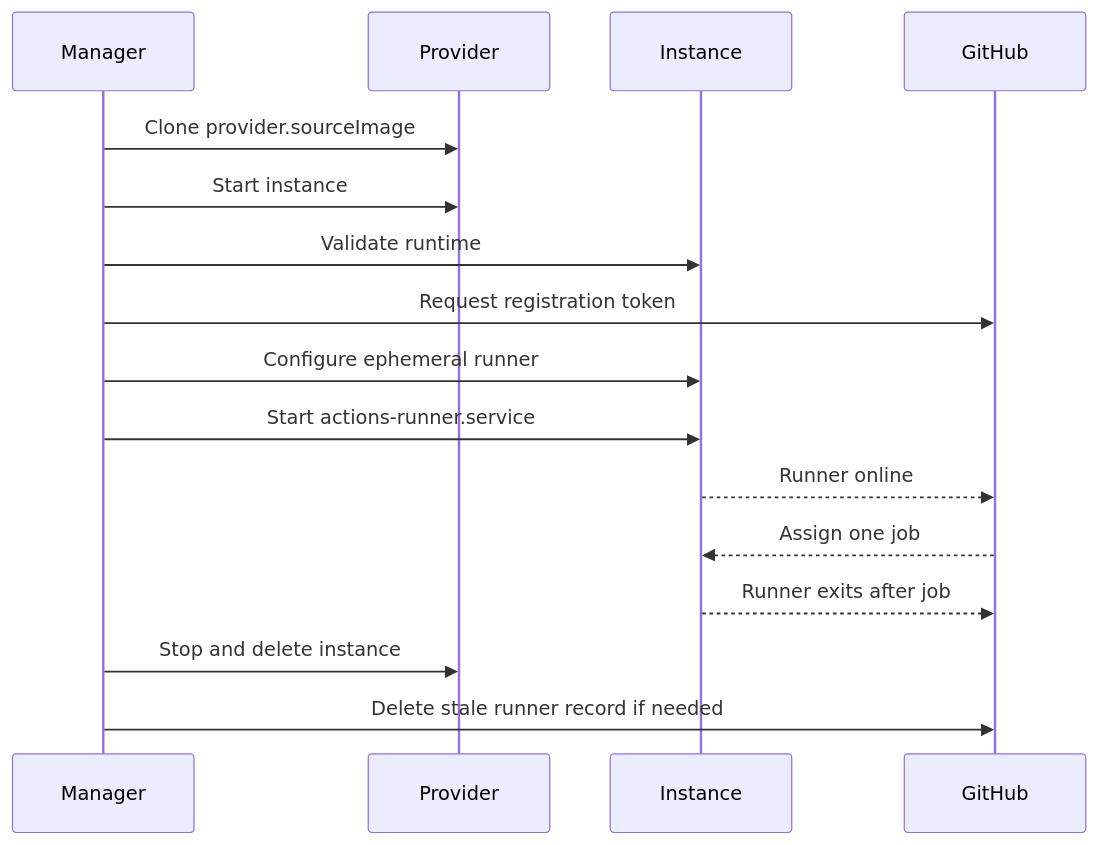
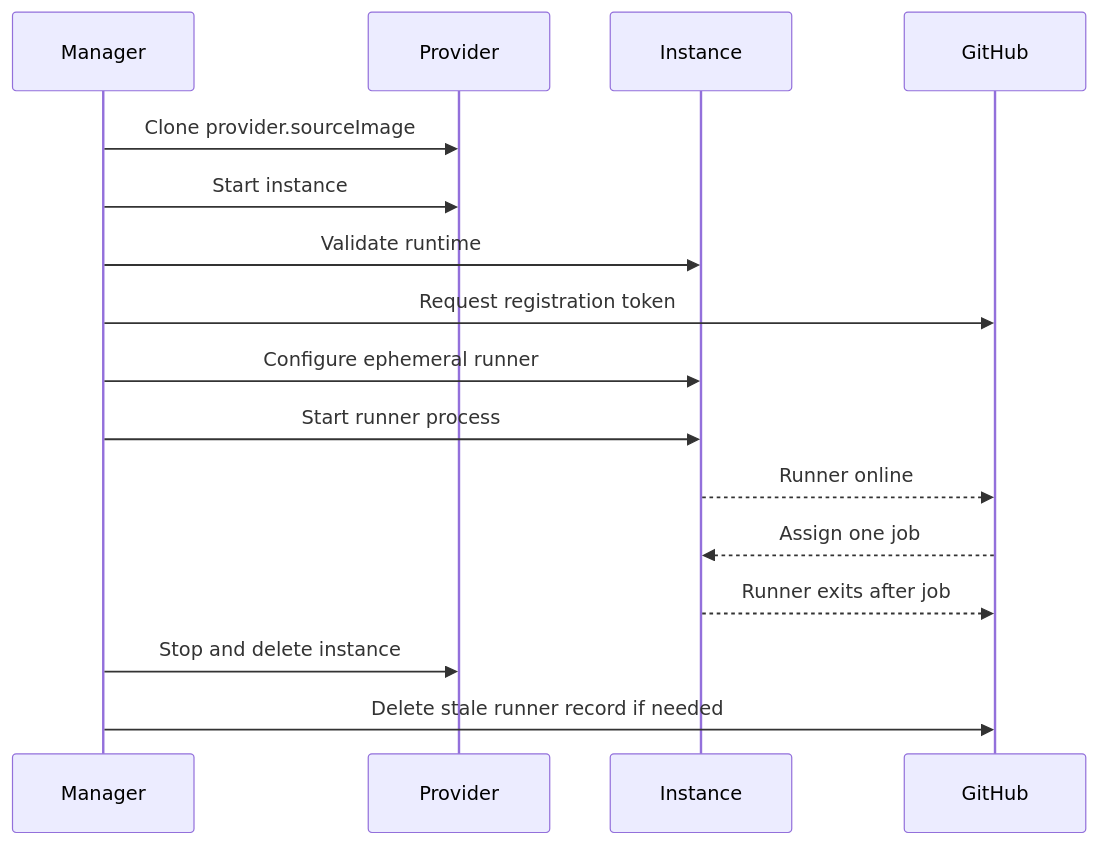
The second of 2 diagrams in docs/design.md (solutionforest/ephemeral-action-runner), drawn with Mermaid before and after one commit. The commit also changed other lines of this file and 30 other files, not shown here.

````diff
--- a/docs/design.md
+++ b/docs/design.md
@@ -34,18 +35,18 @@
 ```mermaid
 sequenceDiagram
   participant M as Manager
   participant P as Provider
   participant I as Instance
   participant G as GitHub
   M->>P: Clone provider.sourceImage
   M->>P: Start instance
   M->>I: Validate runtime
   M->>G: Request registration token
   M->>I: Configure ephemeral runner
-  M->>I: Start actions-runner.service
+  M->>I: Start runner process
   I-->>G: Runner online
   G-->>I: Assign one job
   I-->>G: Runner exits after job
   M->>P: Stop and delete instance
   M->>G: Delete stale runner record if needed
 ```
````
